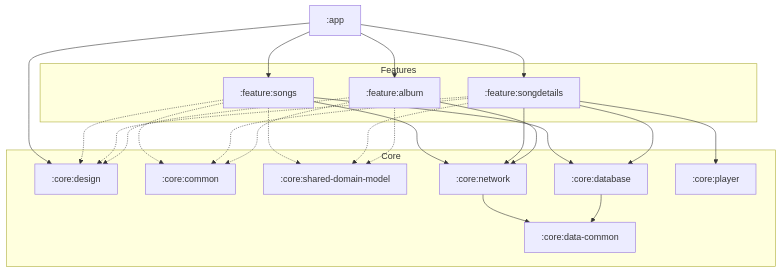
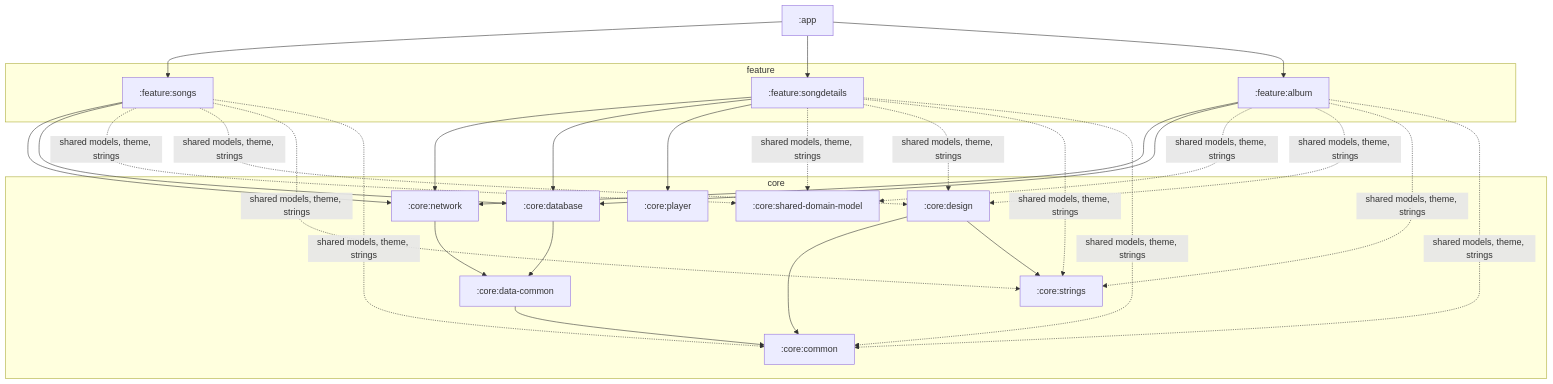
Before and after one commit to lucasdias4/moisesai-android-challange: the second of 3 diagrams in README.md, drawn with Mermaid. The commit also changed other lines of this file and 6 other files, not shown here.

````diff
--- a/README.md
+++ b/README.md
@@ -108,27 +65,29 @@
 ```mermaid
 graph TD
     app[":app"]
 
-    subgraph features["Features"]
+    subgraph feature
         songs[":feature:songs"]
-        songdetails[":feature:songdetails"]
+        details[":feature:songdetails"]
         album[":feature:album"]
     end
 
-    subgraph core["Core"]
+    subgraph core
         design[":core:design"]
-        common[":core:common"]
-        datacommon[":core:data-common"]
-        shared[":core:shared-domain-model"]
+        strings[":core:strings"]
         network[":core:network"]
         database[":core:database"]
         player[":core:player"]
+        datacommon[":core:data-common"]
+        common[":core:common"]
+        shared[":core:shared-domain-model"]
     end
 
-    app --> songs & songdetails & album & design
+    app --> songs & details & album
+    songs & details & album --> network & database
+    details --> player
     network & database --> datacommon
-    songs --> network & database
-    songdetails --> network & database & player
-    album --> network
-    songs & songdetails & album -.-> design & common & shared
+    datacommon --> common
+    design --> common & strings
+    songs & details & album -. "shared models, theme, strings" .-> shared & design & strings & common
 ```
````
